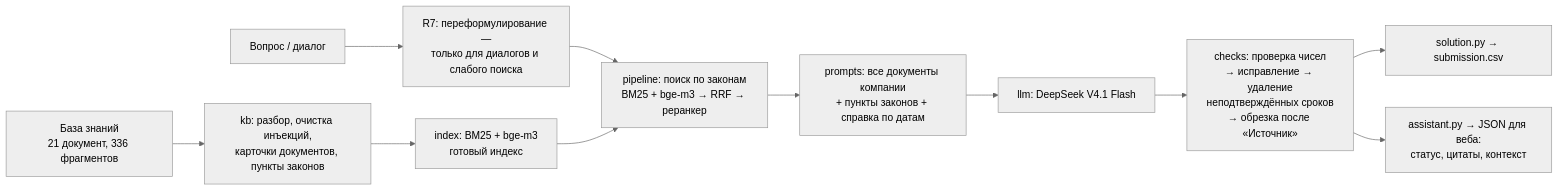
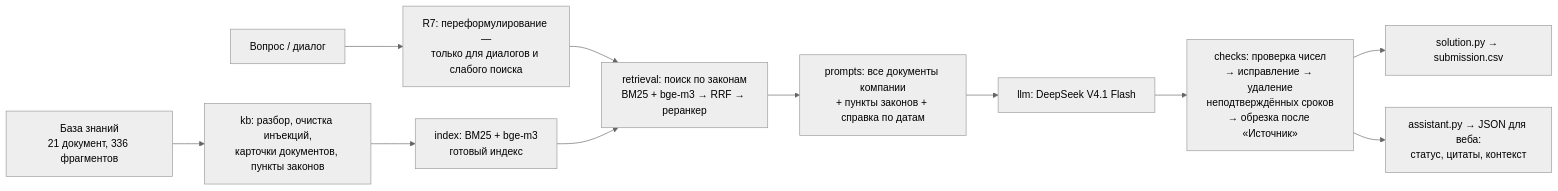
The diagram in README.md (yenqo/hack-change-psb), drawn with Mermaid (neutral theme) before and after one commit. The commit also changed other lines of this file and 30 other files, not shown here.

````diff
--- a/README.md
+++ b/README.md
@@ -40,13 +40,13 @@
 ```mermaid
 flowchart LR
     KB[База знаний<br/>21 документ, 336 фрагментов] --> P[kb: разбор, очистка инъекций,<br/>карточки документов, пункты законов]
     P --> I[index: BM25 + bge-m3<br/>готовый индекс]
     Q[Вопрос / диалог] --> R[R7: переформулирование —<br/>только для диалогов и слабого поиска]
-    R --> S[pipeline: поиск по законам<br/>BM25 + bge-m3 → RRF → реранкер]
+    R --> S[retrieval: поиск по законам<br/>BM25 + bge-m3 → RRF → реранкер]
     I --> S
     S --> C[prompts: все документы компании<br/>+ пункты законов + справка по датам]
     C --> G[llm: DeepSeek V4.1 Flash]
     G --> V[checks: проверка чисел<br/>→ исправление → удаление<br/>неподтверждённых сроков<br/>→ обрезка после «Источник»]
     V --> O1[solution.py → submission.csv]
     V --> O2[assistant.py → JSON для веба:<br/>статус, цитаты, контекст]
 ```
````
